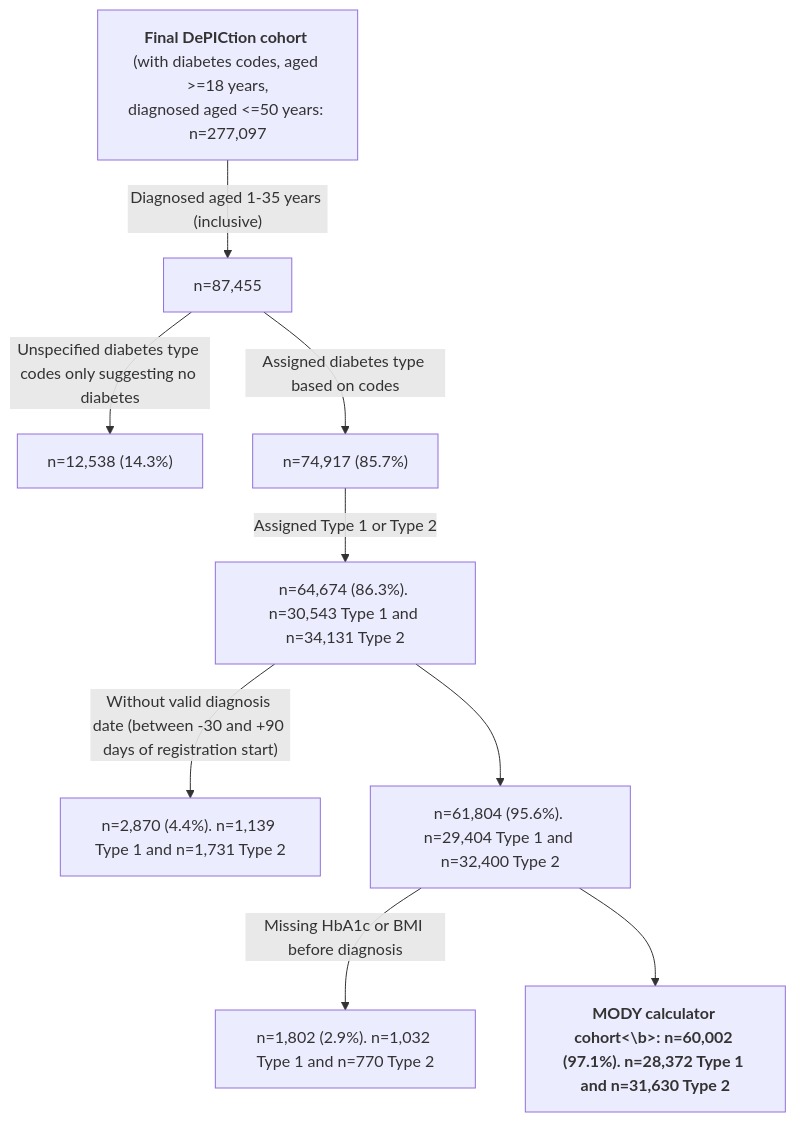
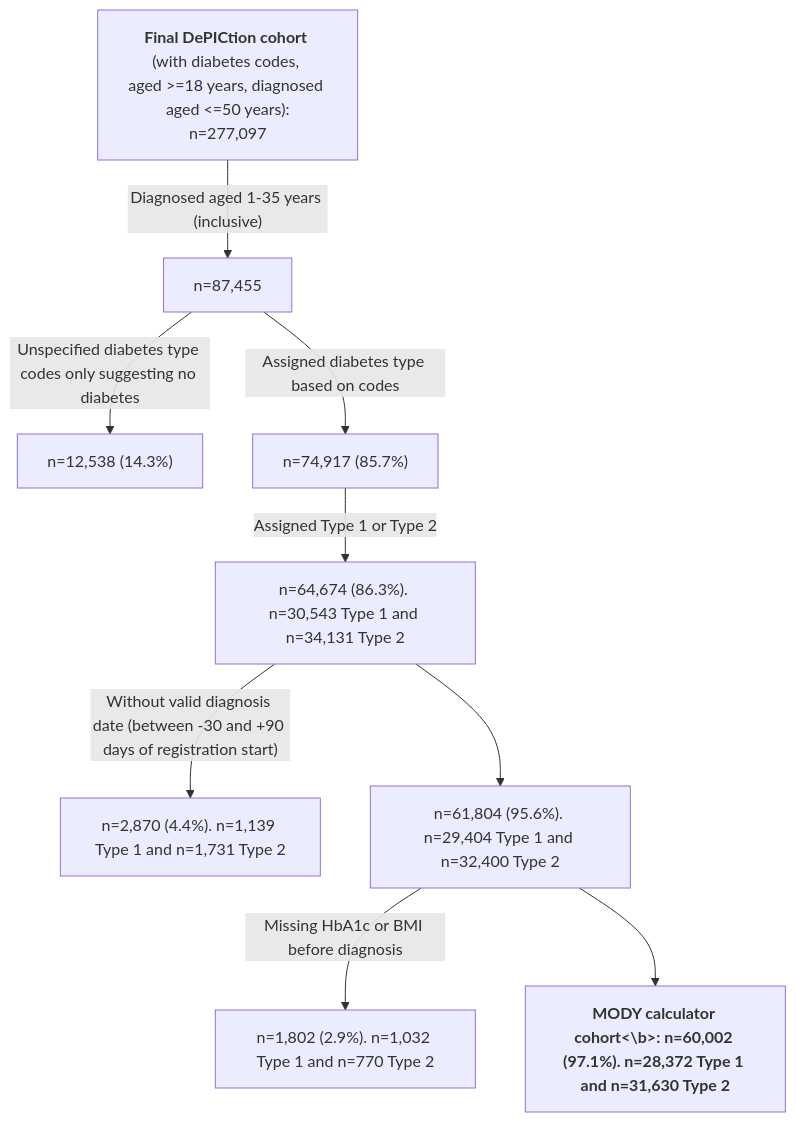
Before and after one commit to Exeter-Diabetes/CPRD-Katie-DePICtion-Scripts: the third of 4 diagrams in README.md, drawn with Mermaid.

````diff
--- a/README.md
+++ b/README.md
@@ -87,13 +87,13 @@
 ```mermaid
 graph TD;
-    A["<b>Final DePICtion cohort</b> (with diabetes codes, aged >=18 years,<br>diagnosed aged <=50 years: n=277,097"] --> |"Diagnosed aged 1-35 years (inclusive)"| B["n=87,455"]
+    A["<b>Final DePICtion cohort</b> (with diabetes codes, <br>aged >=18 years, diagnosed aged <=50 years):<br>n=277,097"] --> |"Diagnosed aged 1-35 years (inclusive)"| B["n=87,455"]
     B --> |"Unspecified diabetes type codes only suggesting no diabetes"| C["n=12,538 (14.3%)"]
     B --> |"Assigned diabetes type based on codes"| D["n=74,917 (85.7%)"]
     D --> |"Assigned Type 1 or Type 2"| E["n=64,674 (86.3%). n=30,543 Type 1 and n=34,131 Type 2"]
     E --> |"Without valid diagnosis date (between -30 and +90 days of registration start)"| F["n=2,870 (4.4%). n=1,139 Type 1 and n=1,731 Type 2"]
     E --> G["n=61,804 (95.6%). n=29,404 Type 1 and n=32,400 Type 2"]
     G --> |"Missing HbA1c or BMI before diagnosis"|H["n=1,802 (2.9%). n=1,032 Type 1 and n=770 Type 2"]
     G --> I["<b>MODY calculator cohort<\b>: n=60,002 (97.1%). n=28,372 Type 1 and n=31,630 Type 2"]
    
    
 ```
````
